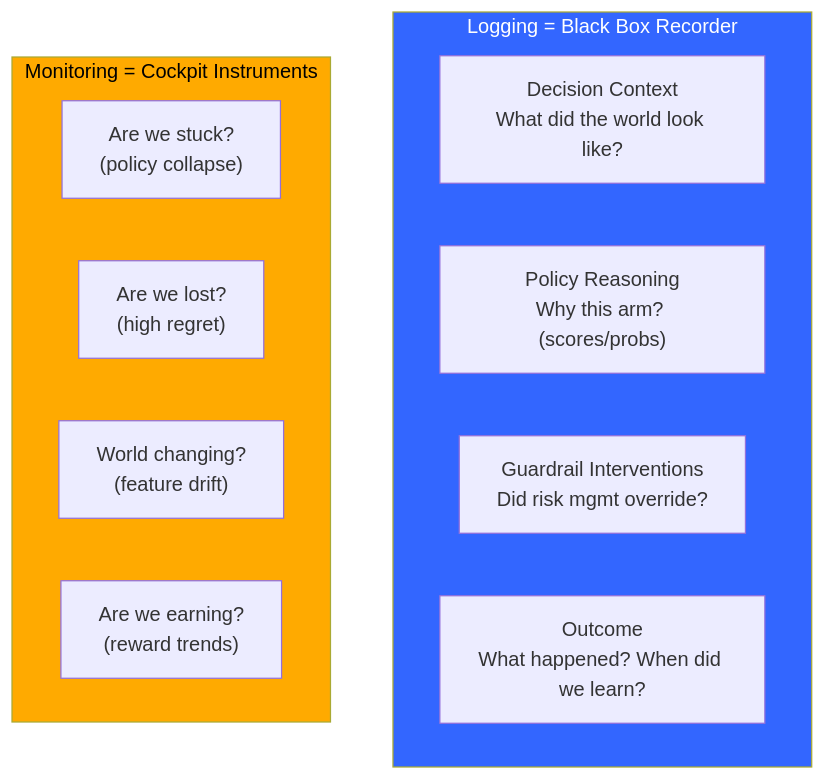
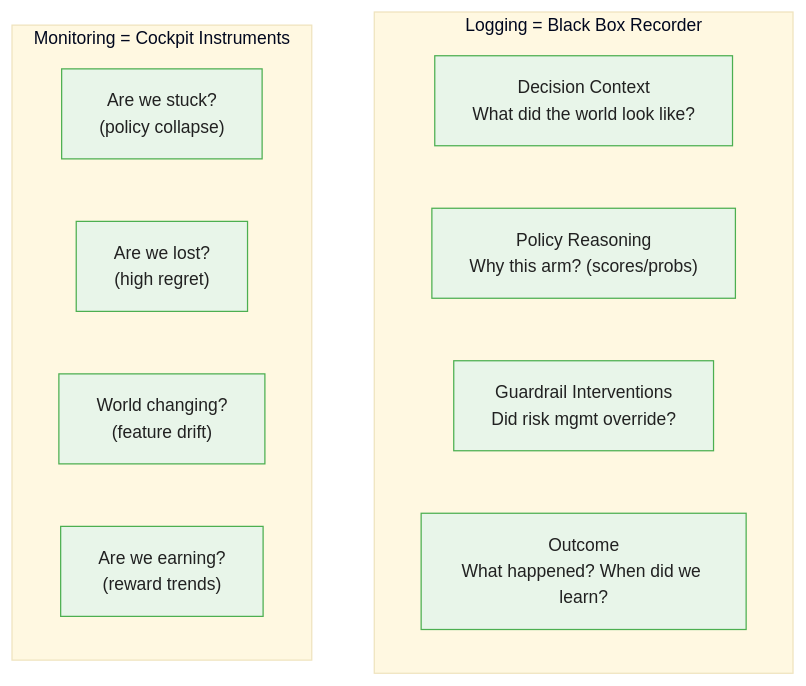
One commit to m-deane/course-creator changed the third of 4 diagrams in courses/multi-armed-bandits-ab-testing/modules/module_07_production_systems/guides/02_logging_and_monitoring_slides.md. Above: the diagram before and after it, drawn with Mermaid. The commit also changed other lines of this file and 146 other files, not shown here.

````diff
--- a/courses/multi-armed-bandits-ab-testing/modules/module_07_production_systems/guides/02_logging_and_monitoring_slides.md
+++ b/courses/multi-armed-bandits-ab-testing/modules/module_07_production_systems/guides/02_logging_and_monitoring_slides.md
@@ -227,19 +265,17 @@
 ```mermaid
+%%{init: {"theme": "base", "themeVariables": {"primaryColor": "#e8f5e9", "primaryBorderColor": "#4caf50", "primaryTextColor": "#212121", "secondaryColor": "#e3f2fd", "tertiaryColor": "#fff8e1", "lineColor": "#757575", "fontFamily": "Inter, sans-serif", "fontSize": "14px"}}}%%
 flowchart TD
     subgraph BlackBox["Logging = Black Box Recorder"]
         DC["Decision Context<br/>What did the world look like?"]
         PR["Policy Reasoning<br/>Why this arm? (scores/probs)"]
         GI["Guardrail Interventions<br/>Did risk mgmt override?"]
         OC["Outcome<br/>What happened? When did we learn?"]
     end
 
     subgraph Cockpit["Monitoring = Cockpit Instruments"]
         Stuck["Are we stuck?<br/>(policy collapse)"]
         Lost["Are we lost?<br/>(high regret)"]
         Change["World changing?<br/>(feature drift)"]
         Earn["Are we earning?<br/>(reward trends)"]
     end
-
-    style BlackBox fill:#36f,color:#fff
-    style Cockpit fill:#fa0,color:#000
 ```
````
